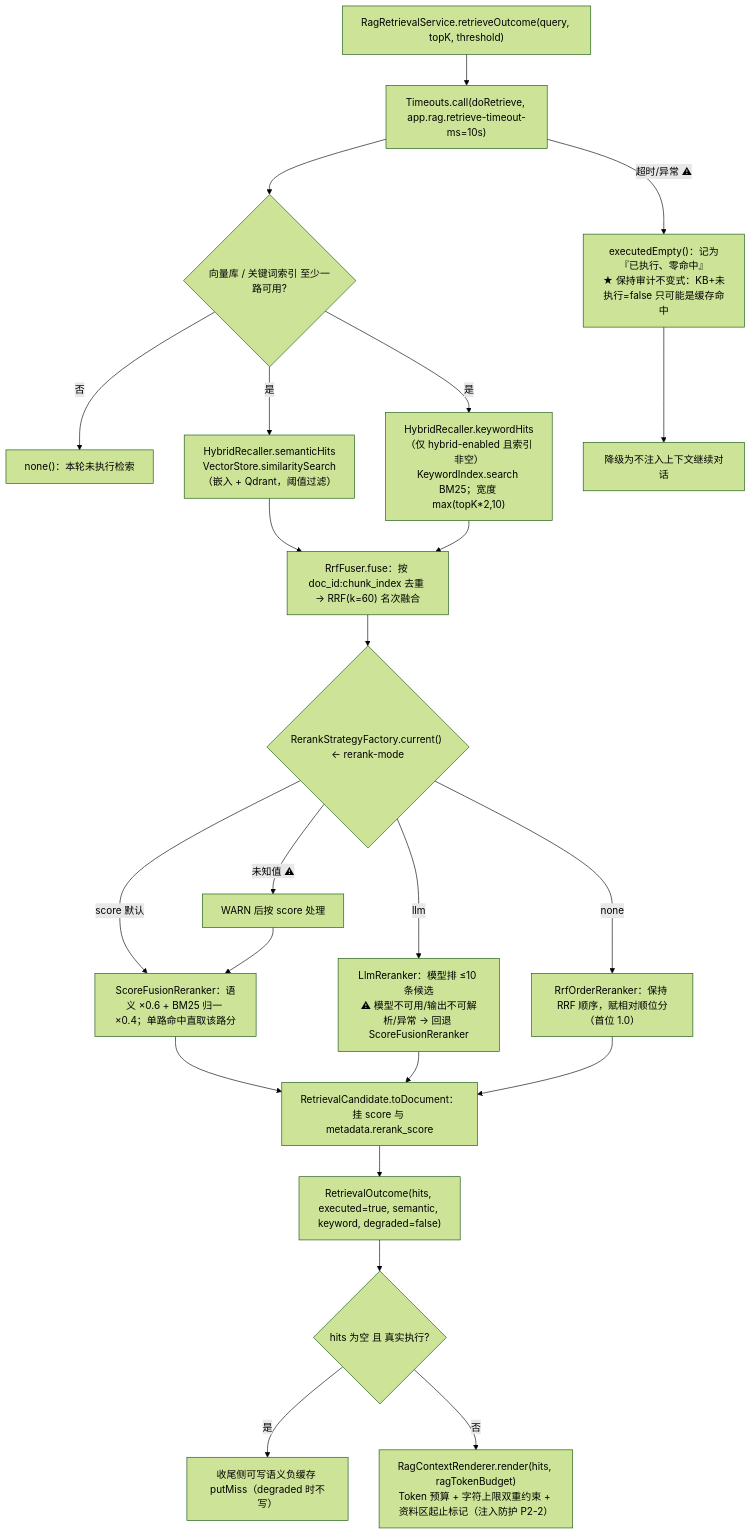
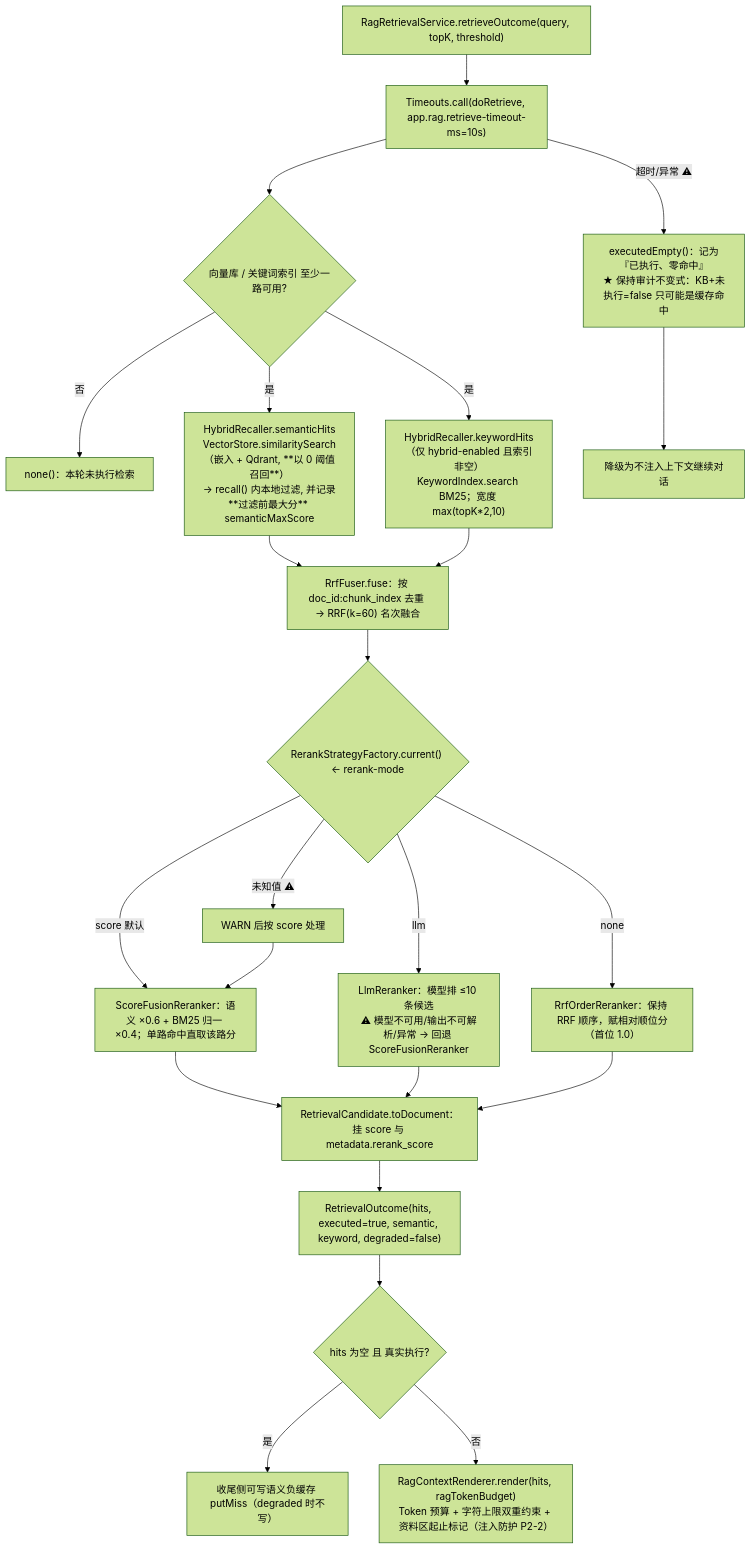
One commit to suiyile02/cc-ai-agent changed diagram 11 of 20 in docs/flow-map.md. Above: the diagram before and after it, drawn with Mermaid (forest theme). The commit also changed other lines of this file and 17 other files, not shown here.

````diff
--- a/docs/flow-map.md
+++ b/docs/flow-map.md
@@ -444,25 +444,25 @@
 ```mermaid
 flowchart TD
     R0["RagRetrievalService.retrieveOutcome(query, topK, threshold)"] --> R3["Timeouts.call(doRetrieve, app.rag.retrieve-timeout-ms=10s)"]
     R3 --> R1{"向量库 / 关键词索引 至少一路可用?"}
     R1 -->|否| R2["none()：本轮未执行检索"]
-    R1 -->|是| R4["HybridRecaller.semanticHits<br/>VectorStore.similaritySearch（嵌入 + Qdrant，阈值过滤）"]
+    R1 -->|是| R4["HybridRecaller.semanticHits<br/>VectorStore.similaritySearch（嵌入 + Qdrant, **以 0 阈值召回**）<br/>→ recall() 内本地过滤, 并记录**过滤前最大分** semanticMaxScore"]
     R1 -->|是| R5["HybridRecaller.keywordHits（仅 hybrid-enabled 且索引非空）<br/>KeywordIndex.search BM25；宽度 max(topK*2,10)"]
     R4 --> R6["RrfFuser.fuse：按 doc_id:chunk_index 去重 → RRF(k=60) 名次融合"]
     R5 --> R6
     R6 --> R7{"RerankStrategyFactory.current() ← rerank-mode"}
     R7 -->|score 默认| R8["ScoreFusionReranker：语义 ×0.6 + BM25 归一 ×0.4；单路命中直取该路分"]
     R7 -->|llm| R9["LlmReranker：模型排 ≤10 条候选<br/>⚠ 模型不可用/输出不可解析/异常 → 回退 ScoreFusionReranker"]
     R7 -->|none| R10["RrfOrderReranker：保持 RRF 顺序，赋相对顺位分（首位 1.0）"]
     R7 -->|"未知值 ⚠"| R11["WARN 后按 score 处理"]
     R8 --> R12["RetrievalCandidate.toDocument：挂 score 与 metadata.rerank_score"]
     R9 --> R12
     R10 --> R12
     R11 --> R8
     R12 --> R13["RetrievalOutcome(hits, executed=true, semantic, keyword, degraded=false)"]
     R3 -->|"超时/异常 ⚠"| R14["executedEmpty()：记为『已执行、零命中』<br/>★ 保持审计不变式：KB+未执行=false 只可能是缓存命中"]
     R14 --> R15["降级为不注入上下文继续对话"]
     R13 --> R16{"hits 为空 且 真实执行?"}
     R16 -->|是| R17["收尾侧可写语义负缓存 putMiss（degraded 时不写）"]
     R16 -->|否| R18["RagContextRenderer.render(hits, ragTokenBudget)<br/>Token 预算 + 字符上限双重约束 + 资料区起止标记（注入防护 P2-2）"]
 ```
````
